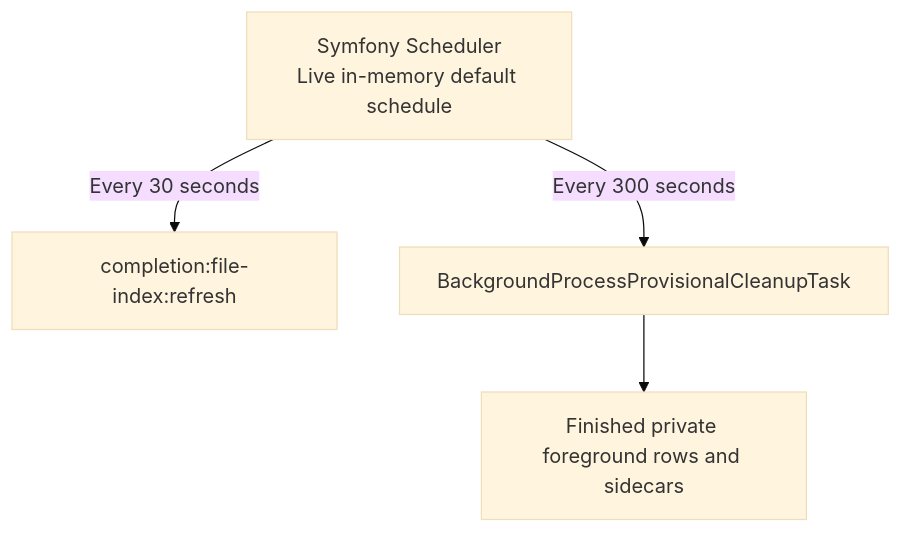
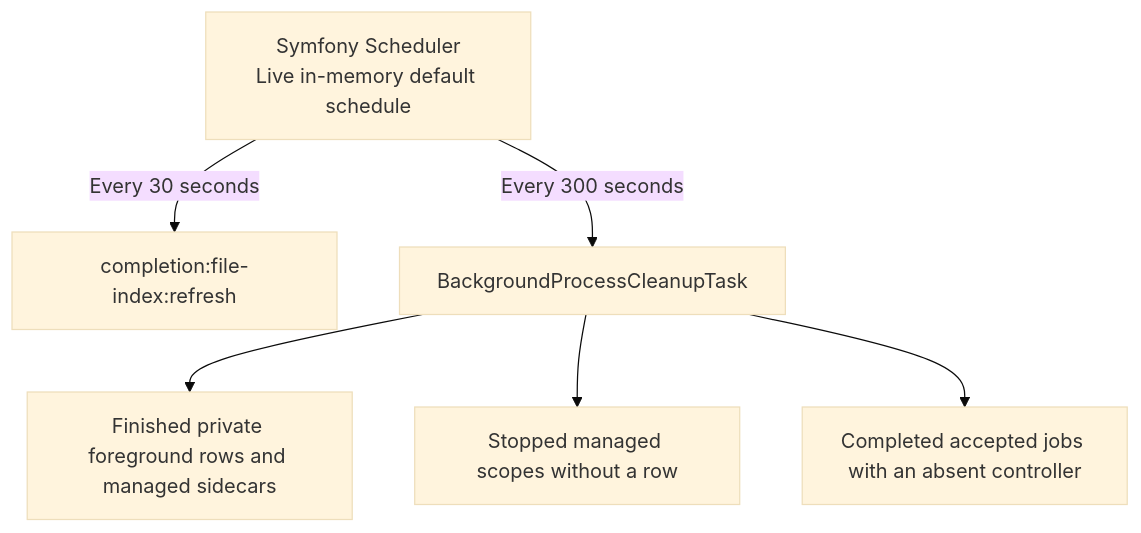
The third of 5 diagrams in architecture/processes-and-queues.md (ineersa/agent-core), drawn with Mermaid (base theme) before and after one commit. The commit also changed other lines of this file and 1 other file, not shown here.

Commit message:
Update background recovery architecture diagrams

````diff
--- a/architecture/processes-and-queues.md
+++ b/architecture/processes-and-queues.md
@@ -117,7 +117,9 @@
 ```mermaid
 flowchart TB
     Clock["Symfony Scheduler<br/>Live in-memory default schedule"]
     Clock -->|Every 30 seconds| Index[completion:file-index:refresh]
-    Clock -->|Every 300 seconds| Cleanup[BackgroundProcessProvisionalCleanupTask]
-    Cleanup --> Private[Finished private foreground rows and sidecars]
+    Clock -->|Every 300 seconds| Cleanup[BackgroundProcessCleanupTask]
+    Cleanup --> Private[Finished private foreground rows and managed sidecars]
+    Cleanup --> Orphans[Stopped managed scopes without a row]
+    Cleanup --> Accepted[Completed accepted jobs with an absent controller]
 ```
````
